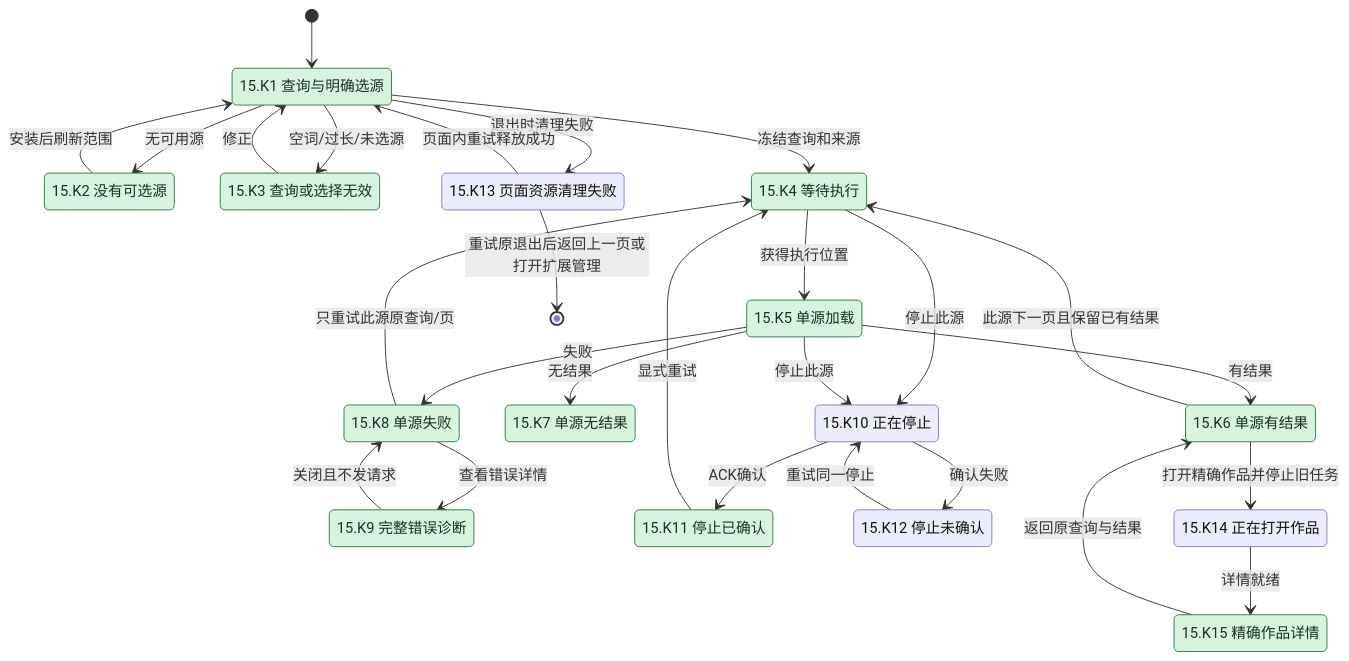
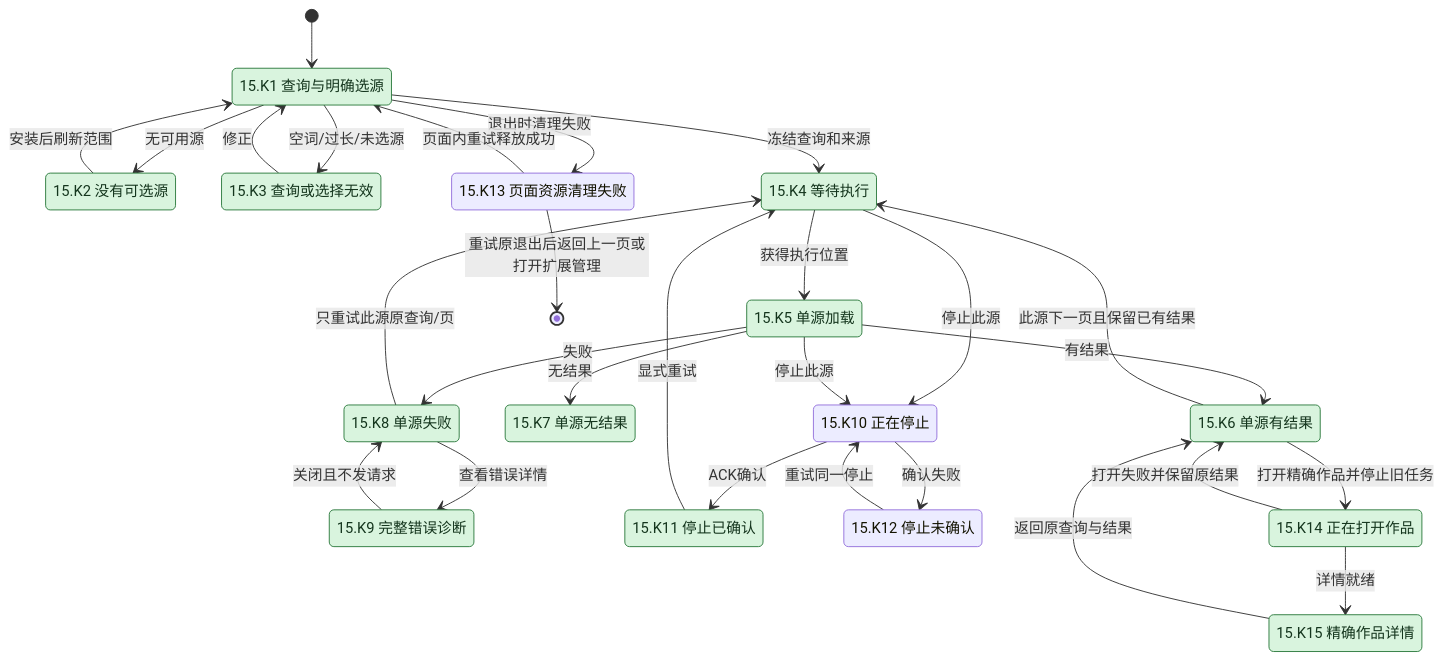
Before and after one commit to Wybxc/karuyomi: diagram 20 of 21 in docs/verification/mihon-state-coverage.md, drawn with Mermaid. The commit also changed other lines of this file and 9 other files, not shown here.

````diff
--- a/docs/verification/mihon-state-coverage.md
+++ b/docs/verification/mihon-state-coverage.md
@@ -1779,47 +1777,48 @@
 ```mermaid
 stateDiagram-v2
     [*] --> Q0
     state "15.K1 查询与明确选源" as Q0
     state "15.K2 没有可选源" as Q1
     state "15.K3 查询或选择无效" as Q2
     state "15.K4 等待执行" as Q3
     state "15.K5 单源加载" as Q4
     state "15.K6 单源有结果" as Q5
     state "15.K7 单源无结果" as Q6
     state "15.K8 单源失败" as Q7
     state "15.K9 完整错误诊断" as Q8
     state "15.K10 正在停止" as Q9
     state "15.K11 停止已确认" as Q10
     state "15.K12 停止未确认" as Q11
     state "15.K13 页面资源清理失败" as Q12
     state "15.K14 正在打开作品" as Q13
     state "15.K15 精确作品详情" as Q14
     Q0 --> Q1: 无可用源
     Q1 --> Q0: 安装后刷新范围
     Q0 --> Q2: 空词/过长/未选源
     Q2 --> Q0: 修正
     Q0 --> Q3: 冻结查询和来源
     Q3 --> Q4: 获得执行位置
     Q4 --> Q5: 有结果
     Q4 --> Q6: 无结果
     Q4 --> Q7: 失败
     Q7 --> Q8: 查看错误详情
     Q8 --> Q7: 关闭且不发请求
     Q7 --> Q3: 只重试此源原查询/页
     Q5 --> Q3: 此源下一页且保留已有结果
     Q3 --> Q9: 停止此源
     Q4 --> Q9: 停止此源
     Q9 --> Q10: ACK确认
     Q9 --> Q11: 确认失败
     Q11 --> Q9: 重试同一停止
     Q10 --> Q3: 显式重试
     Q5 --> Q13: 打开精确作品并停止旧任务
     Q13 --> Q14: 详情就绪
+    Q13 --> Q5: 打开失败并保留原结果
     Q14 --> Q5: 返回原查询与结果
     Q0 --> Q12: 退出时清理失败
     Q12 --> Q0: 页面内重试释放成功
     Q12 --> [*]: 重试原退出后返回上一页或打开扩展管理
     classDef partial fill:#fff0ce,color:#412e00,stroke:#b07a00
     classDef paired fill:#d9f4de,color:#14351d,stroke:#2b7a3d
-    class Q0,Q1,Q2,Q3,Q4,Q5,Q6,Q7,Q8,Q10,Q14 paired
+    class Q0,Q1,Q2,Q3,Q4,Q5,Q6,Q7,Q8,Q10,Q13,Q14 paired
 ```
````
